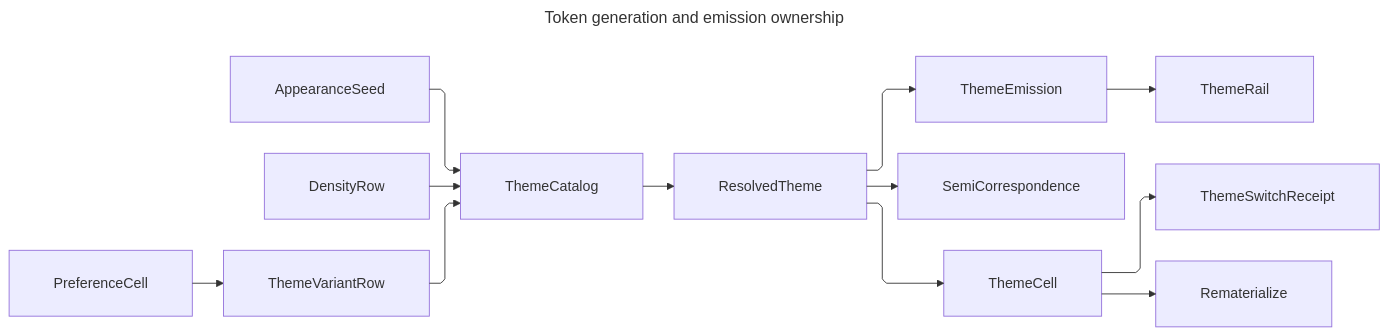
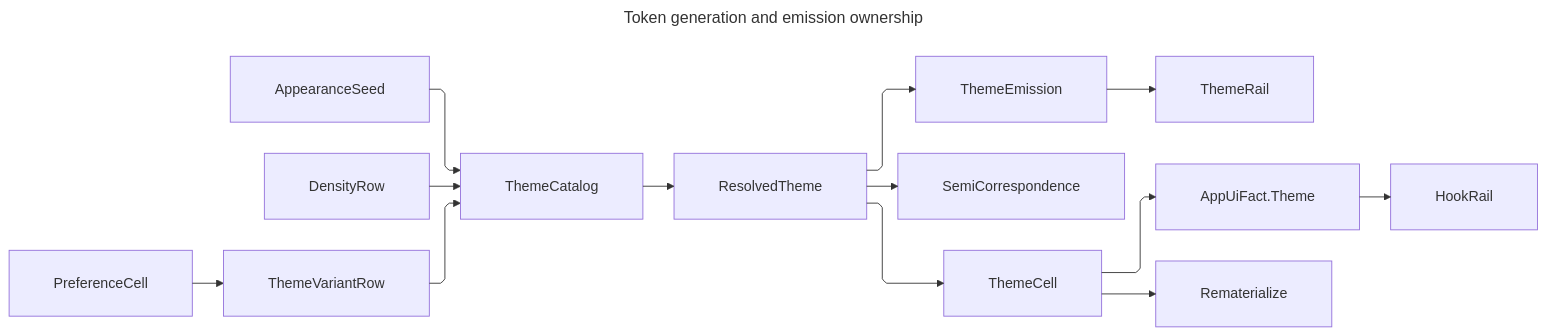
The diagram in libs/dotnet/Rasm.AppUi/.planning/Theme/emission.md (bsamiee/Rasm), drawn with Mermaid before and after one commit. The commit also changed other lines of this file and 1417 other files, not shown here.

````diff
--- a/libs/dotnet/Rasm.AppUi/.planning/Theme/emission.md
+++ b/libs/dotnet/Rasm.AppUi/.planning/Theme/emission.md
@@ -563,31 +553,32 @@
 ```mermaid
 ---
 title: Token generation and emission ownership
 config:
   layout: elk
   htmlLabels: true
   markdownAutoWrap: false
   deterministicIds: true
   elk:
     nodePlacementStrategy: NETWORK_SIMPLEX
     considerModelOrder: NODES_AND_EDGES
   flowchart:
     curve: linear
     defaultRenderer: elk
     padding: 25
 ---
 flowchart LR
     accTitle: Token generation and emission ownership
-    accDescr: One appearance seed and one density policy enter the catalog under a variant projection, the catalog generates the resolved theme, and the emission partitions it by variant into the application resources while the cell publishes its receipt.
+    accDescr: One appearance seed and one density policy enter the catalog under a variant projection, the catalog generates the resolved theme, and the emission partitions it by variant into the application resources while the cell fires the committed theme fact through the hook rail.
     AppearanceSeed --> ThemeCatalog
     DensityRow --> ThemeCatalog
     PreferenceCell --> ThemeVariantRow
     ThemeVariantRow --> ThemeCatalog
     ThemeCatalog --> ResolvedTheme
     ResolvedTheme --> ThemeEmission
     ResolvedTheme --> SemiCorrespondence
     ThemeEmission --> ThemeRail
     ResolvedTheme --> ThemeCell
-    ThemeCell --> ThemeSwitchReceipt
+    ThemeCell --> ThemeFact["AppUiFact.Theme"]
+    ThemeFact --> HookRail
     ThemeCell --> Rematerialize
 ```
````
